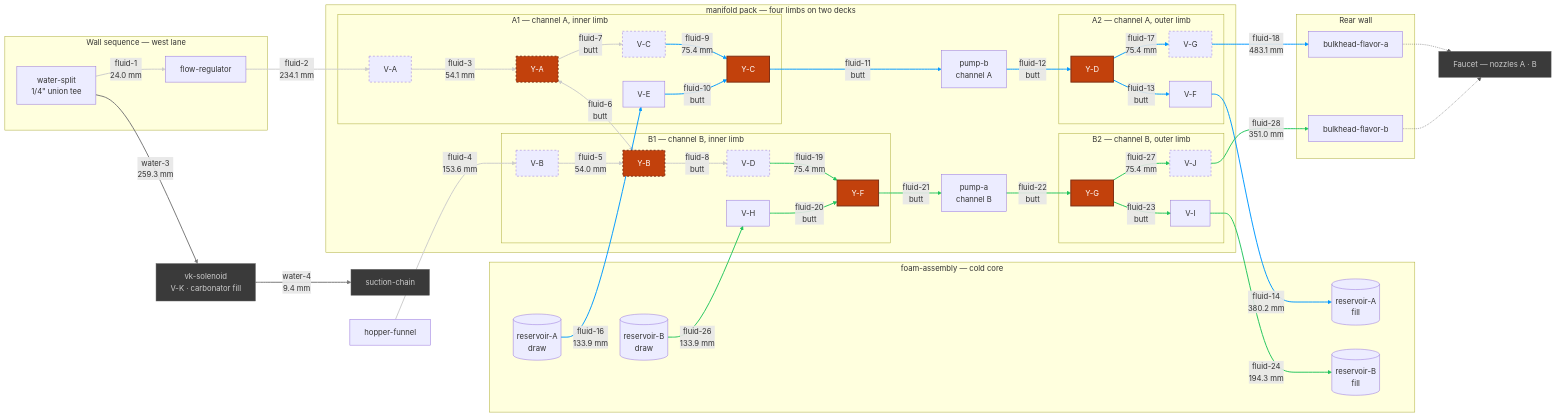
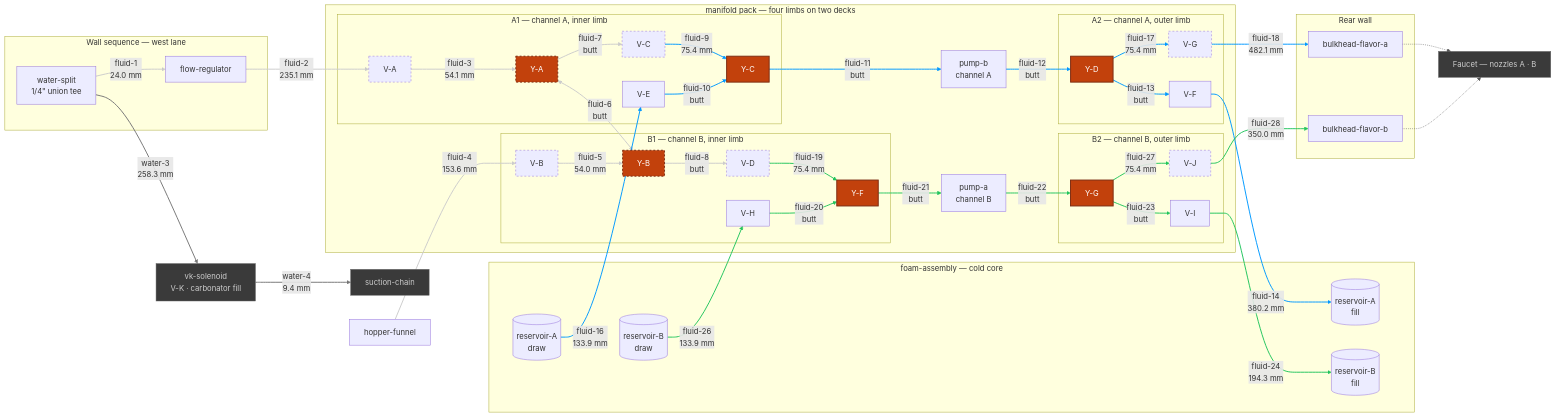
The diagram in hardware/topology/fluid-topology-manifold.mmd (derekbreden/homesodamachine), drawn with Mermaid before and after one commit. The commit also changed 39 other files, not shown here.

```diff
--- a/hardware/topology/fluid-topology-manifold.mmd
+++ b/hardware/topology/fluid-topology-manifold.mmd
@@ -14,8 +14,8 @@
   %% [26](SEGMENT_COUNT) flavor segments. [11](BUTT_COUNT) are collet butted to collet and carry
   %% no tube at all; [9](DRAWN_COUNT) are swept runs between placed bodies; the rest are the
   %% hinge's four hairpins and the source pair's two quarter-and-step turns. What is cut comes to
-  %% [2497.8 mm](FLUID_TOTAL) of 1/4" LLDPE over [44](FLUID_BENDS) corners, and the longest is
-  %% [fluid-18](LONGEST_ID) at [483.1 mm](LONGEST_LEN). [0](OPEN_COUNT) are mouths with nothing
+  %% [2496.8 mm](FLUID_TOTAL) of 1/4" LLDPE over [44](FLUID_BENDS) corners, and the longest is
+  %% [fluid-18](LONGEST_ID) at [482.1 mm](LONGEST_LEN). [0](OPEN_COUNT) are mouths with nothing
   %% on the far end of them: EVERY FLAVOR SEGMENT IN THIS CHART IS MADE. The hopper's gravity
   %% drain is drawn like the rest — the funnel is seated in the box rather than placed in the
   %% pack, so `fluid-4` is authored after the box exists, off the same frames.
@@ -115,7 +115,7 @@
   %% V-B come off the folded deck's plane on a quarter turn of R14, then step 28 mm further along
   %% the run and 14 mm across it, toward the cold core's crown.
   Split -->|"fluid-1<br/>24.0 mm"| FlowReg
-  FlowReg -->|"fluid-2<br/>234.1 mm"| VA
+  FlowReg -->|"fluid-2<br/>235.1 mm"| VA
   VA -->|"fluid-3<br/>54.1 mm"| YA
   Hopper -->|"fluid-4<br/>153.6 mm"| VB
   VB -->|"fluid-5<br/>54.0 mm"| YB
@@ -138,7 +138,7 @@
   VF -->|"fluid-14<br/>380.2 mm"| ResAFill
   ResA -->|"fluid-16<br/>133.9 mm"| VE
   YD -->|"fluid-17<br/>75.4 mm"| VG
-  VG -->|"fluid-18<br/>483.1 mm"| BhA
+  VG -->|"fluid-18<br/>482.1 mm"| BhA
 
   %% =========================
   %% Channel B — fluid-19 … fluid-28
@@ -154,7 +154,7 @@
   VI -->|"fluid-24<br/>194.3 mm"| ResBFill
   ResB -->|"fluid-26<br/>133.9 mm"| VH
   YG -->|"fluid-27<br/>75.4 mm"| VJ
-  VJ -->|"fluid-28<br/>351.0 mm"| BhB
+  VJ -->|"fluid-28<br/>350.0 mm"| BhB
 
   %% =========================
   %% V-K's own two runs — the carbonator circuit, through this bay
@@ -162,7 +162,7 @@
   %% V-K gates the carbonator fill off the same split fluid-1 leaves. It stands on the cold core's
   %% crown, east of the SeaFlo, and water-3 is the one run in the assembly that crosses the whole
   %% machine — the split is in the west lane, V-K is on the east, and its inlet faces forward.
-  Split -->|"water-3<br/>259.3 mm"| VK
+  Split -->|"water-3<br/>258.3 mm"| VK
   VK -->|"water-4<br/>9.4 mm"| SuctChain
 
   %% =========================
```
